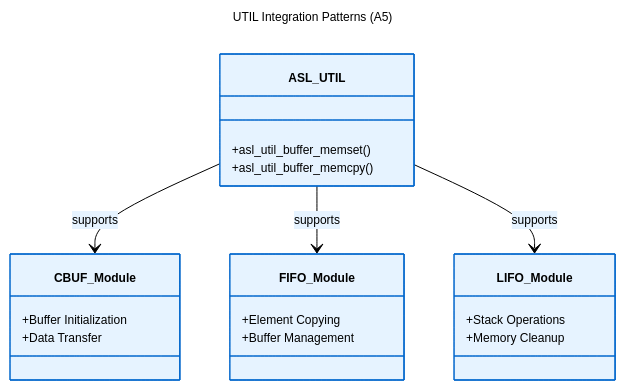
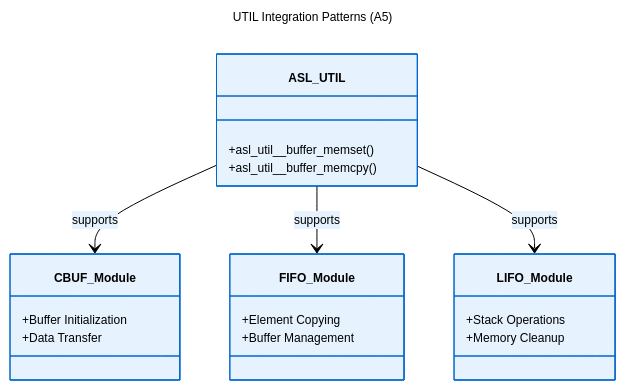
Before and after one commit to ABD-01/quantum-harmony: the diagram in architecture/logical_view_util_patterns.md, drawn with Mermaid. The commit also changed other lines of this file and 67 other files, not shown here.

````diff
--- a/architecture/logical_view_util_patterns.md
+++ b/architecture/logical_view_util_patterns.md
@@ -17,41 +17,41 @@
 ```mermaid
 ---
 title: UTIL Integration Patterns (A5)
 config:
   theme: base
   themeVariables:
     background: "#ffffff"
     primaryColor: "#e6f3ff"
     primaryTextColor: "#000000"
     primaryBorderColor: "#0066cc"
     lineColor: "#000000"
     secondaryColor: "#f0f0f0"
     tertiaryColor: "#cccccc"
     fontFamily: "arial"
     fontSize: "12px"
 ---
 classDiagram
     class ASL_UTIL {
-        +asl_util_buffer_memset()
-        +asl_util_buffer_memcpy()
+        +asl_util__buffer_memset()
+        +asl_util__buffer_memcpy()
     }
     
     class CBUF_Module {
         +Buffer Initialization
         +Data Transfer
     }
     
     class FIFO_Module {
         +Element Copying
         +Buffer Management
     }
     
     class LIFO_Module {
         +Stack Operations
         +Memory Cleanup
     }
     
     ASL_UTIL --> CBUF_Module : supports
     ASL_UTIL --> FIFO_Module : supports
     ASL_UTIL --> LIFO_Module : supports
 ```
````
